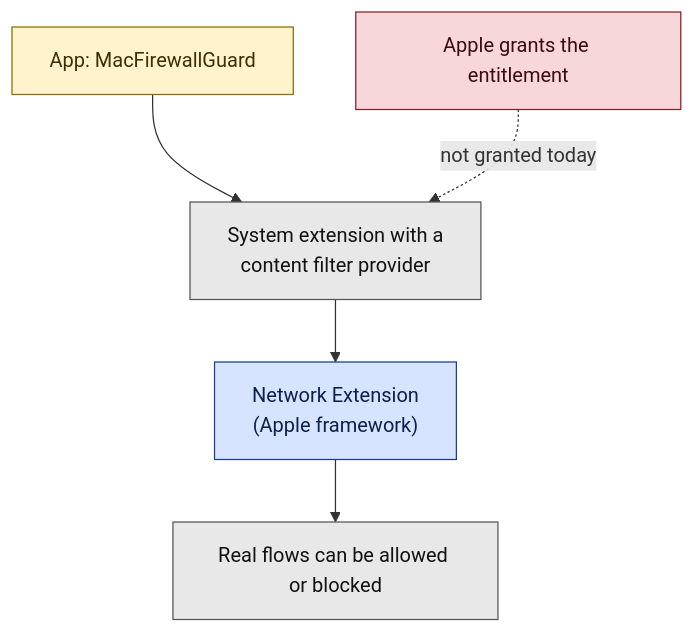
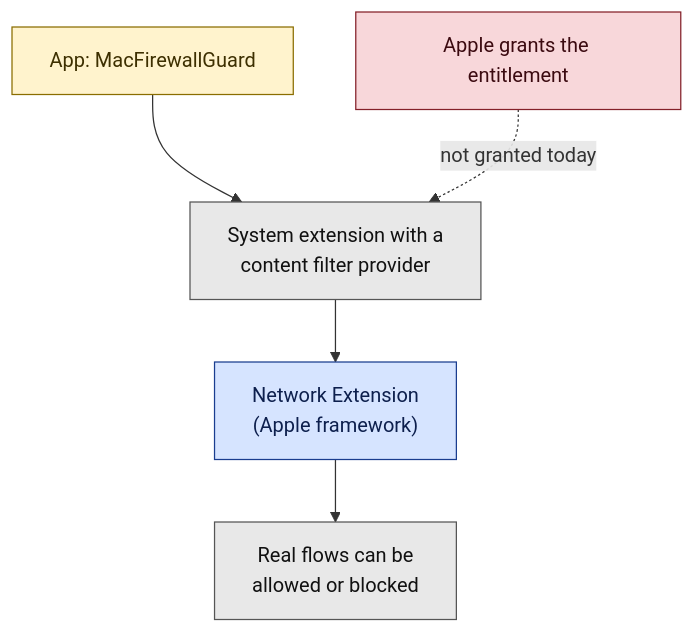
The diagram in docs/wiki/diagrams/networkext-gap.mmd (MacGuard/macguard-yara-channel), drawn with Mermaid before and after one commit. The commit also changed 120 other files, not shown here.

```diff
--- a/docs/wiki/diagrams/networkext-gap.mmd
+++ b/docs/wiki/diagrams/networkext-gap.mmd
@@ -1,9 +1,9 @@
 flowchart TB
   APP["App: MacFirewallGuard"]:::dev --> SE["System extension with a<br/>content filter provider"]:::plan
   SE --> NE["Network Extension<br/>(Apple framework)"]:::ext
   APPLE["Apple grants the entitlement"]:::blocked -. "not granted today" .-> SE
-  NE --> FL["Real flows can be allowed or blocked"]:::plan
+  NE --> FL["Real flows can be<br/>allowed or blocked"]:::plan
   classDef dev fill:#fff3cd,stroke:#8a6d00,color:#3d2f00
   classDef plan fill:#e8e8e8,stroke:#555555,color:#111111
   classDef ext fill:#d6e4ff,stroke:#1a3d8f,color:#0d1f4d
   classDef blocked fill:#f8d7da,stroke:#842029,color:#3b0a10
```
